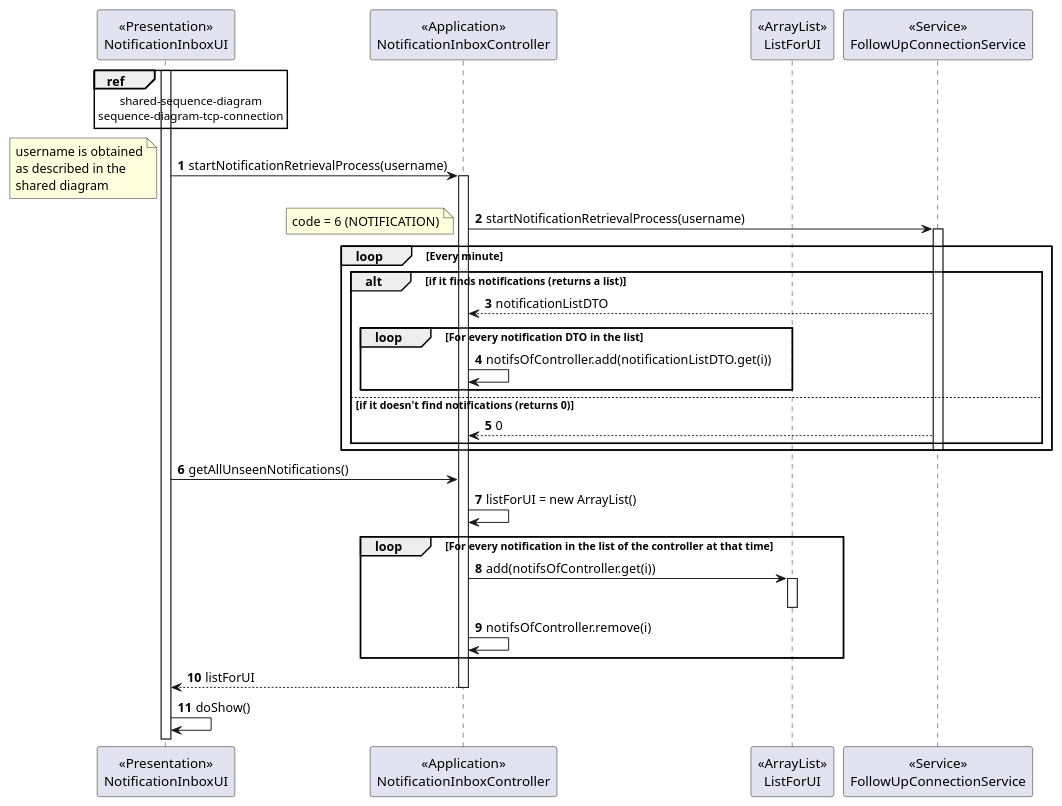
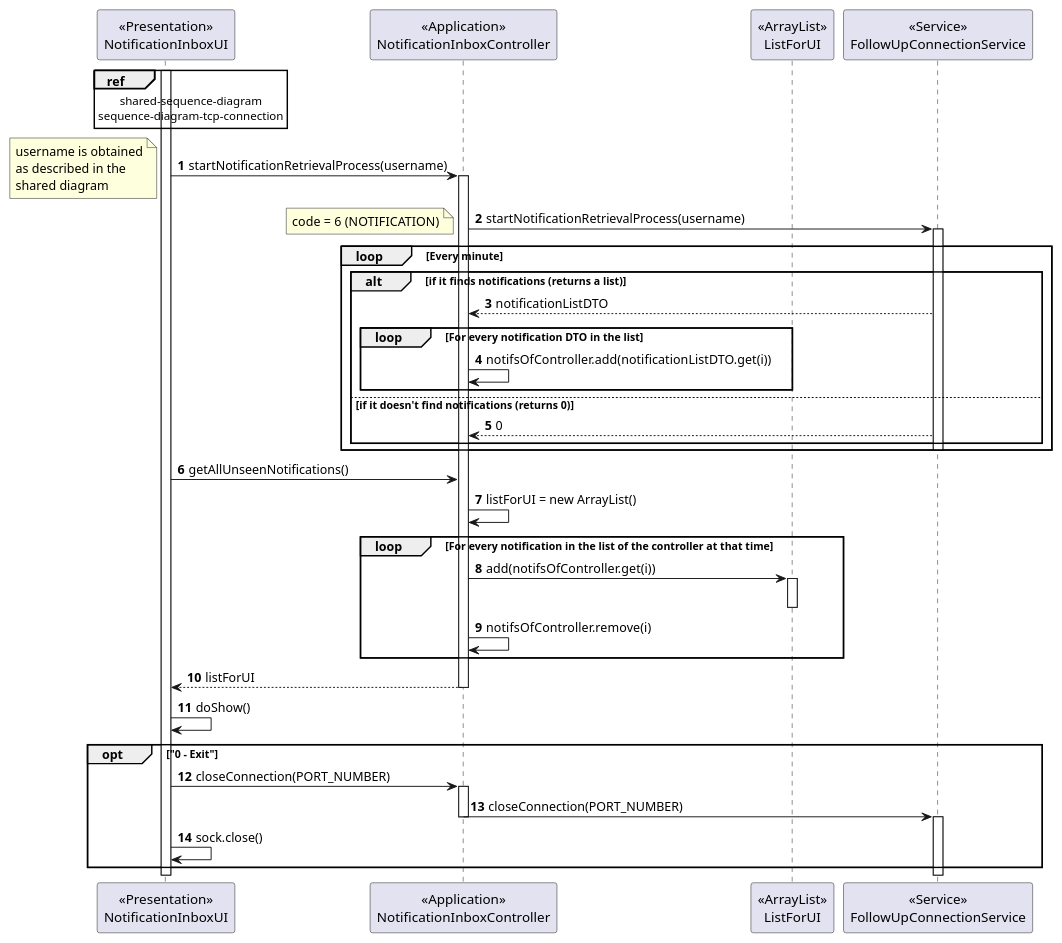
Before and after one commit to rita-barbosa/LAPR4-2324: the diagram in docs/sprint-c/us_3001/US3001_SD/US3001_SD_Candidate_App.puml, drawn with PlantUML. The commit also changed 1 other file, not shown here.

```diff
--- a/docs/sprint-c/us_3001/US3001_SD/US3001_SD_Candidate_App.puml
+++ b/docs/sprint-c/us_3001/US3001_SD/US3001_SD_Candidate_App.puml
@@ -1,80 +1,94 @@
 @startuml
 'https://plantuml.com/sequence-diagram
 
 autonumber
 participant "<<Presentation>>\nNotificationInboxUI" as UI
 participant "<<Application>>\nNotificationInboxController" as CTRL
 participant "<<ArrayList>>\nListForUI" as LIST
 participant "<<Service>>\nFollowUpConnectionService" as SER
 
 activate UI
 
     ref over UI
     shared-sequence-diagram
     sequence-diagram-tcp-connection
     end ref
 
     UI -> CTRL : startNotificationRetrievalProcess(username)
 
     note bottom
     username is obtained
     as described in the
     shared diagram
     end note
 
     activate CTRL
 
         CTRL -> SER : startNotificationRetrievalProcess(username)
 
         activate SER
 
             note left
             code = 6 (NOTIFICATION)
             end note
 
                 loop Every minute
 
                     alt if it finds notifications (returns a list)
 
                         SER --> CTRL : notificationListDTO
 
                         loop For every notification DTO in the list
 
                             CTRL -> CTRL : notifsOfController.add(notificationListDTO.get(i))
 
                         end
 
                     else if it doesn't find notifications (returns 0)
 
                         SER --> CTRL : 0
 
                     end
 
         deactivate SER
 
         end
 
         UI -> CTRL : getAllUnseenNotifications()
 
         CTRL -> CTRL : listForUI = new ArrayList()
 
         loop For every notification in the list of the controller at that time
 
             CTRL -> LIST : add(notifsOfController.get(i))
 
             activate LIST
 
             deactivate LIST
 
             CTRL -> CTRL : notifsOfController.remove(i)
 
         end
 
         CTRL --> UI : listForUI
 
     deactivate CTRL
 
         UI -> UI : doShow()
 
+    opt "0 - Exit"
+
+    UI -> CTRL : closeConnection(PORT_NUMBER)
+    activate CTRL
+
+    CTRL -> SER : closeConnection(PORT_NUMBER)
+    deactivate CTRL
+    activate SER
+
+    autonumber resume
+
+    UI -> UI : sock.close()
+    end opt
+
 
 @enduml
```
